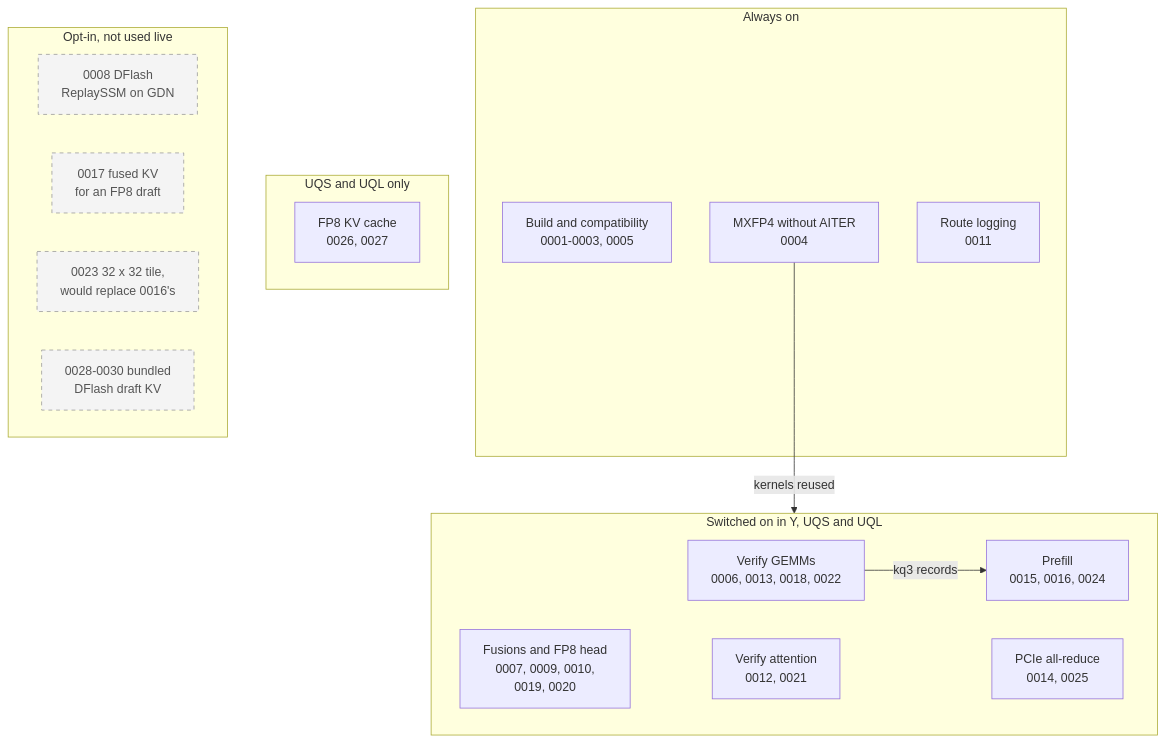
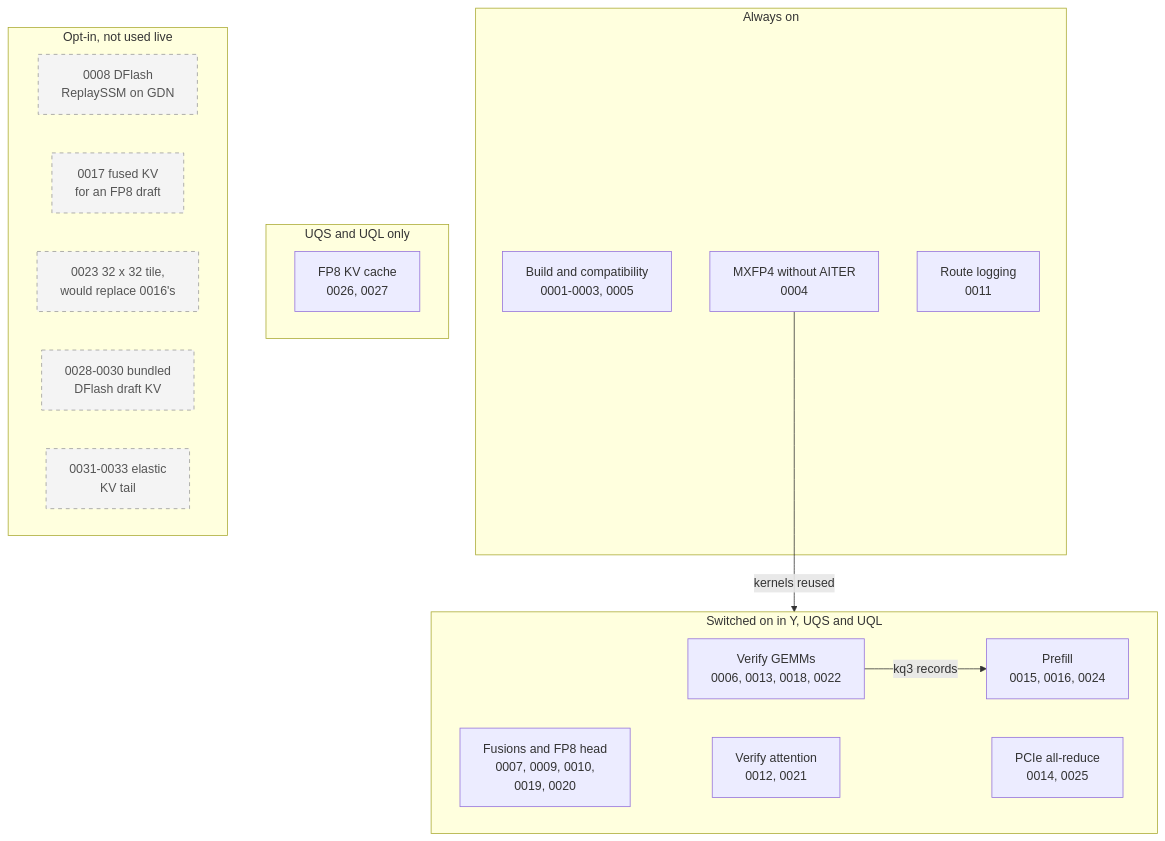
The diagram in serving/patches/sglang-main/README.md (Drgr33nSenior/Spry.ai-rdna4-serving), drawn with Mermaid before and after one commit. The commit also changed other lines of this file and 5 other files, not shown here.

````diff
--- a/serving/patches/sglang-main/README.md
+++ b/serving/patches/sglang-main/README.md
@@ -51,31 +55,32 @@
 ```mermaid
 flowchart TB
   subgraph always["Always on"]
     build["Build and compatibility<br/>0001-0003, 0005"]
     mx["MXFP4 without AITER<br/>0004"]
     log["Route logging<br/>0011"]
   end
   subgraph live["Switched on in Y, UQS and UQL"]
     direction LR
     gemm["Verify GEMMs<br/>0006, 0013, 0018, 0022"]
     pre["Prefill<br/>0015, 0016, 0024"]
     fuse["Fusions and FP8 head<br/>0007, 0009, 0010,<br/>0019, 0020"]
     vattn["Verify attention<br/>0012, 0021"]
     ar["PCIe all-reduce<br/>0014, 0025"]
     gemm -->|"kq3 records"| pre
     fuse ~~~ vattn ~~~ ar
   end
   subgraph kvg["UQS and UQL only"]
     kv["FP8 KV cache<br/>0026, 0027"]
   end
   subgraph unused["Opt-in, not used live"]
     direction LR
     p08["0008 DFlash<br/>ReplaySSM on GDN"]
     p17["0017 fused KV<br/>for an FP8 draft"]
     p23["0023 32 x 32 tile,<br/>would replace 0016's"]
     p28["0028-0030 bundled<br/>DFlash draft KV"]
+    p31["0031-0033 elastic<br/>KV tail"]
   end
   mx -->|"kernels reused"| gemm
   classDef off fill:#f4f4f4,stroke:#999,stroke-dasharray:5 5,color:#555
-  class p08,p17,p23,p28 off
+  class p08,p17,p23,p28,p31 off
 ```
````
